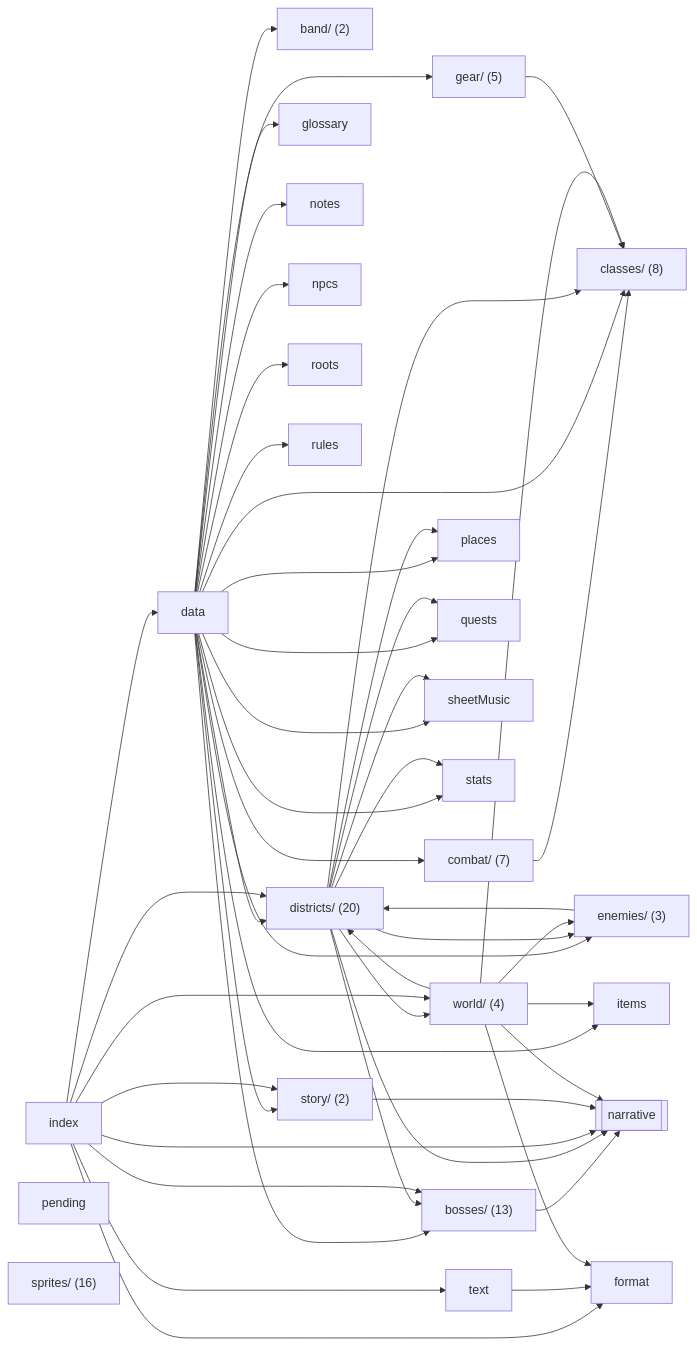
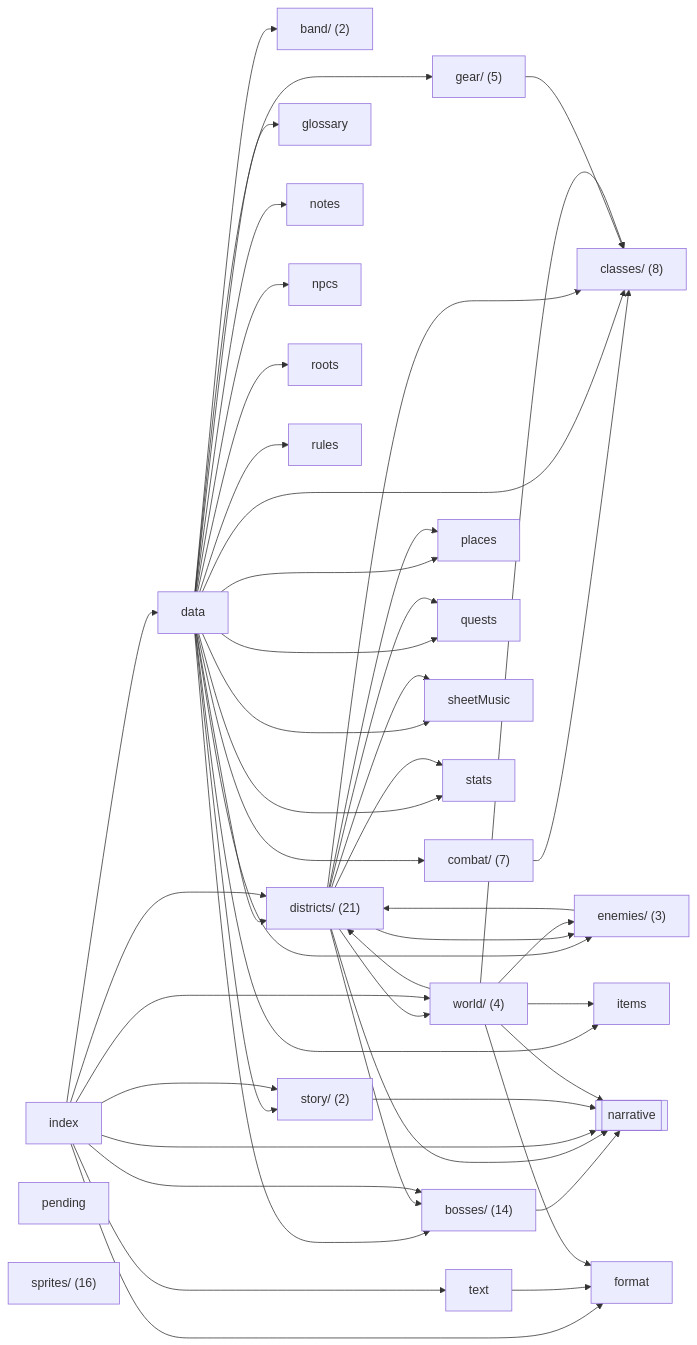
Before and after one commit to OrangeB0lt/Cyber-funk: the diagram in docs/reference/code-map/content.md, drawn with Mermaid. The commit also changed other lines of this file and 11 other files, not shown here.

````diff
--- a/docs/reference/code-map/content.md
+++ b/docs/reference/code-map/content.md
@@ -11,76 +11,76 @@
 ```mermaid
 flowchart LR
   n_band_["band/ (2)"]
-  n_bosses_["bosses/ (13)"]
+  n_bosses_["bosses/ (14)"]
   n_classes_["classes/ (8)"]
   n_combat_["combat/ (7)"]
   n_data["data"]
-  n_districts_["districts/ (20)"]
+  n_districts_["districts/ (21)"]
   n_enemies_["enemies/ (3)"]
   n_format["format"]
   n_gear_["gear/ (5)"]
   n_glossary["glossary"]
   n_index["index"]
   n_items["items"]
   n_notes["notes"]
   n_npcs["npcs"]
   n_pending["pending"]
   n_places["places"]
   n_quests["quests"]
   n_roots["roots"]
   n_rules["rules"]
   n_sheetMusic["sheetMusic"]
   n_sprites_["sprites/ (16)"]
   n_stats["stats"]
   n_story_["story/ (2)"]
   n_text["text"]
   n_world_["world/ (4)"]
   n_ext_narrative[["narrative"]]
   n_bosses_ --> n_ext_narrative
   n_combat_ --> n_classes_
   n_data --> n_band_
   n_data --> n_bosses_
   n_data --> n_classes_
   n_data --> n_combat_
   n_data --> n_districts_
   n_data --> n_enemies_
   n_data --> n_gear_
   n_data --> n_glossary
   n_data --> n_items
   n_data --> n_notes
   n_data --> n_npcs
   n_data --> n_places
   n_data --> n_quests
   n_data --> n_roots
   n_data --> n_rules
   n_data --> n_sheetMusic
   n_data --> n_stats
   n_data --> n_story_
   n_districts_ --> n_bosses_
   n_districts_ --> n_classes_
   n_districts_ --> n_enemies_
   n_districts_ --> n_ext_narrative
   n_districts_ --> n_places
   n_districts_ --> n_quests
   n_districts_ --> n_sheetMusic
   n_districts_ --> n_stats
   n_districts_ --> n_world_
   n_enemies_ --> n_districts_
   n_gear_ --> n_classes_
   n_index --> n_bosses_
   n_index --> n_data
   n_index --> n_districts_
   n_index --> n_ext_narrative
   n_index --> n_format
   n_index --> n_story_
   n_index --> n_text
   n_index --> n_world_
   n_story_ --> n_ext_narrative
   n_text --> n_format
   n_world_ --> n_classes_
   n_world_ --> n_districts_
   n_world_ --> n_enemies_
   n_world_ --> n_ext_narrative
   n_world_ --> n_format
   n_world_ --> n_items
 ```
````
